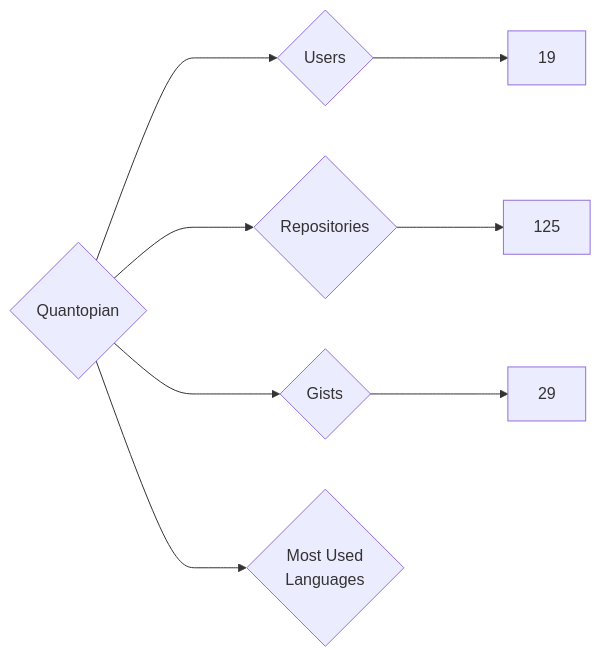
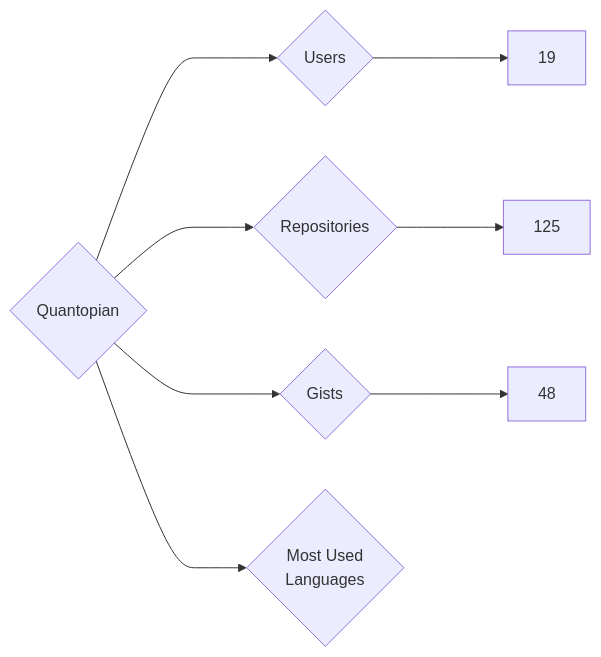
One commit to nenadzaric/insiders changed the diagram in targets/Quantopian/README.md. Above: the diagram before and after it, drawn with Mermaid. The commit also changed 1342 other files, not shown here.

````diff
--- a/targets/Quantopian/README.md
+++ b/targets/Quantopian/README.md
@@ -3,8 +3,8 @@
 ```mermaid
 graph LR
 COMPANY_NAME{Quantopian}
 COMPANY_NAME ---> U{Users} ---> UN[19]
 COMPANY_NAME ---> R{Repositories} ---> RN[125]
-COMPANY_NAME ---> G{Gists} ---> GN[29]
+COMPANY_NAME ---> G{Gists} ---> GN[48]
 COMPANY_NAME ---> ML{Most Used<br>Languages}
 ```
````
